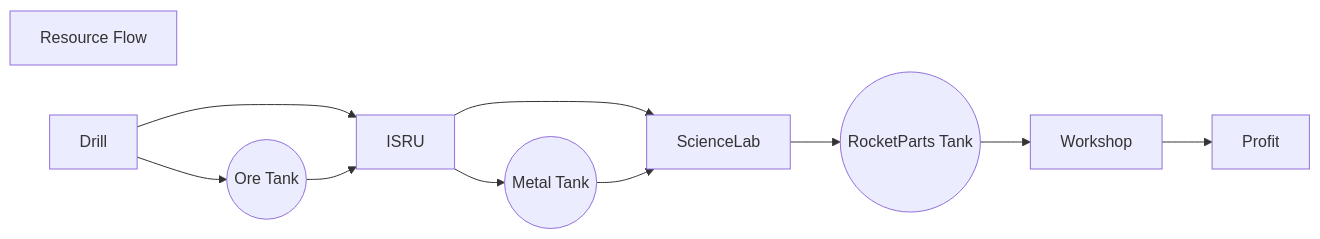
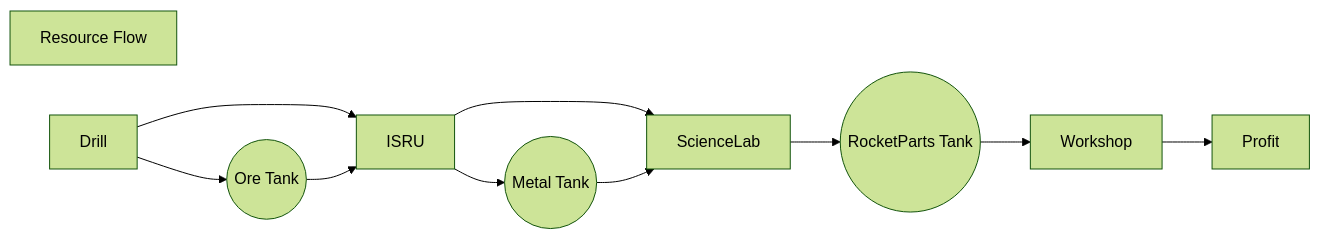
One commit to Real-Gecko/KSP-SimpleConstruction changed the diagram in readme.md. Above: the diagram before and after it, drawn with Mermaid.

````diff
--- a/readme.md
+++ b/readme.md
@@ -29,10 +29,11 @@
 ```mermaid
+  %%{init: {'theme': 'forest', 'themeVariables': { 'primaryColor': '#bada55'}}}%%
   graph LR
   id[Resource Flow];
     Drill-->StoreOre((Ore Tank)) & ISRU
     StoreOre-->ISRU
     ISRU-->StoreMetal((Metal Tank)) & ScienceLab
     StoreMetal-->ScienceLab
     ScienceLab-->StoreRP((RocketParts Tank))--> Workshop
     Workshop-->Profit
 ```
````
